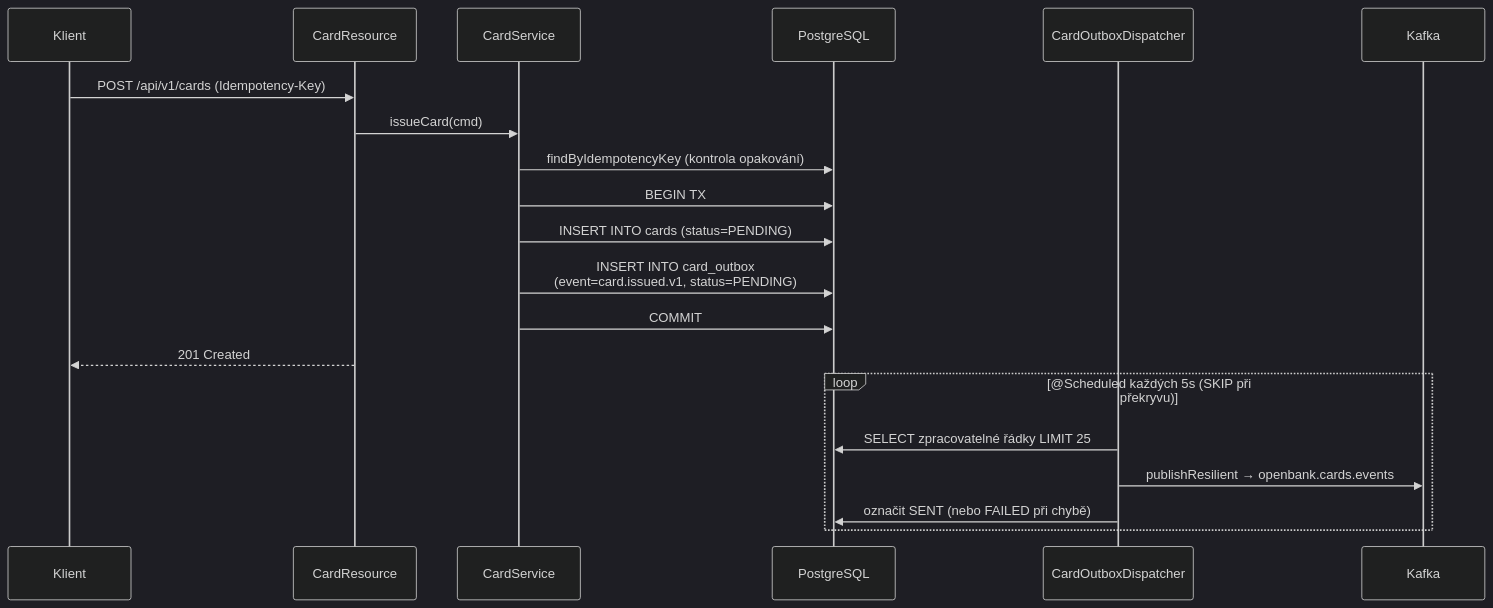
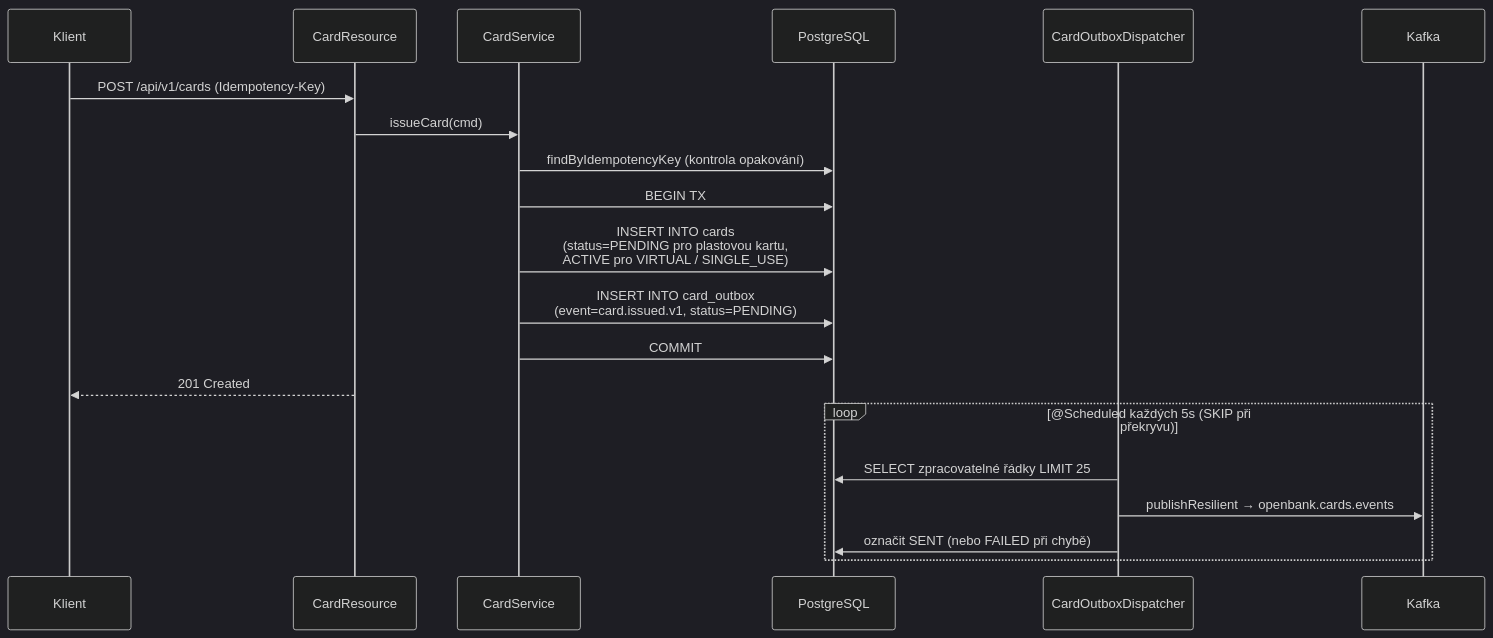
One commit to JiRaska/open-bank-oss changed the third of 3 diagrams in openbank-card-issuance-service/src/main/resources/docs/02-architecture.cs.md. Above: the diagram before and after it, drawn with Mermaid (dark theme). The commit also changed 16 other files, not shown here.

First line of the commit message:
fix(cards): issue virtual cards ACTIVE and backfill the vault for pre-ADR-0194 cards

````diff
--- a/openbank-card-issuance-service/src/main/resources/docs/02-architecture.cs.md
+++ b/openbank-card-issuance-service/src/main/resources/docs/02-architecture.cs.md
@@ -81,24 +81,24 @@
 ```mermaid
 sequenceDiagram
   participant C as Klient
   participant R as CardResource
   participant S as CardService
   participant DB as PostgreSQL
   participant D as CardOutboxDispatcher
   participant K as Kafka
 
   C->>R: POST /api/v1/cards (Idempotency-Key)
   R->>S: issueCard(cmd)
   S->>DB: findByIdempotencyKey (kontrola opakování)
   S->>DB: BEGIN TX
-  S->>DB: INSERT INTO cards (status=PENDING)
+  S->>DB: INSERT INTO cards<br/>(status=PENDING pro plastovou kartu,<br/>ACTIVE pro VIRTUAL / SINGLE_USE)
   S->>DB: INSERT INTO card_outbox<br/>(event=card.issued.v1, status=PENDING)
   S->>DB: COMMIT
   R-->>C: 201 Created
 
   loop @Scheduled každých 5s (SKIP při překryvu)
     D->>DB: SELECT zpracovatelné řádky LIMIT 25
     D->>K: publishResilient → openbank.cards.events
     D->>DB: označit SENT (nebo FAILED při chybě)
   end
 ```
````
